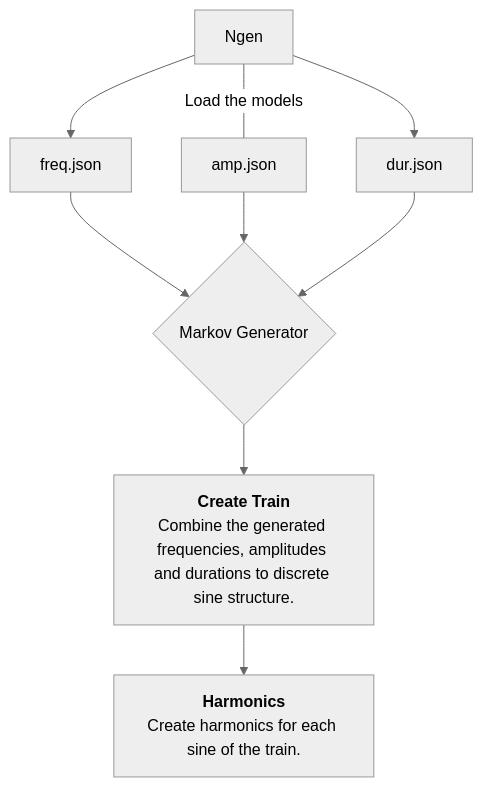
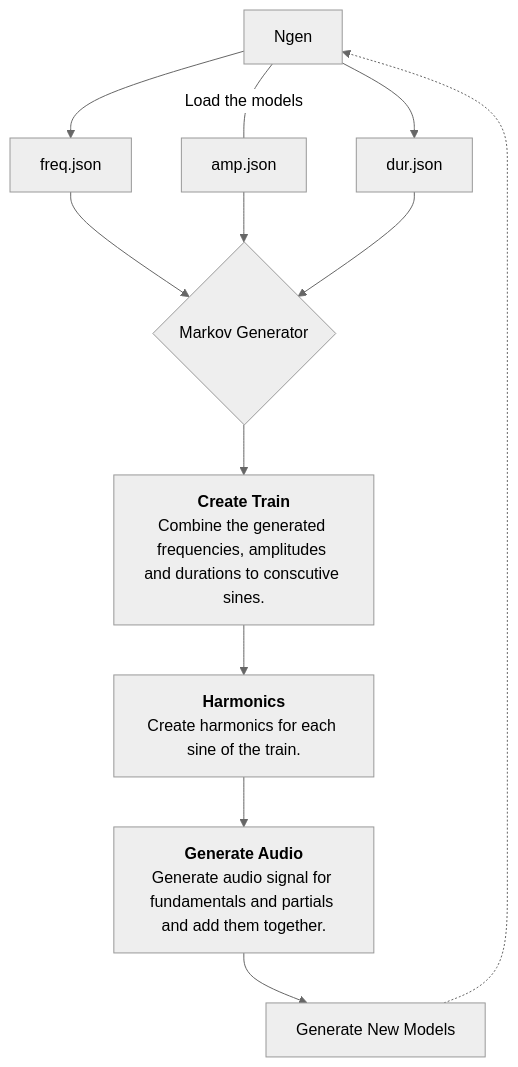
The diagram in docs/_posts/2024-08-19-markov-chains.md (bh90210/mlsic), drawn with Mermaid (neutral theme) before and after one commit.

````diff
--- a/docs/_posts/2024-08-19-markov-chains.md
+++ b/docs/_posts/2024-08-19-markov-chains.md
@@ -40,23 +40,32 @@
 ```mermaid
 flowchart TD
     a["Ngen"] -->
     c["freq.json"] --> 
     d{"Markov Generator"} -->
     g["`**Create Train**
     Combine the generated 
-    frequencies, amplitudes and durations to discrete sine structure.`"]
+    frequencies, amplitudes and durations to conscutive sines.`"]
     a -- Load the models ---
     e["amp.json"] -->
     d
     g
 
     
     a --> 
     h["dur.json"] -->
     d
     g
 
     g -->
     k["`**Harmonics**
     Create harmonics for each sine of the train.`"]
+
+    k -->
+    l["`**Generate Audio**
+    Generate audio signal for fundamentals and partials and add them together.`"]
+
+    l -->
+    p["Generate New Models"]
+
+    p -.-> a;
 ```
````
